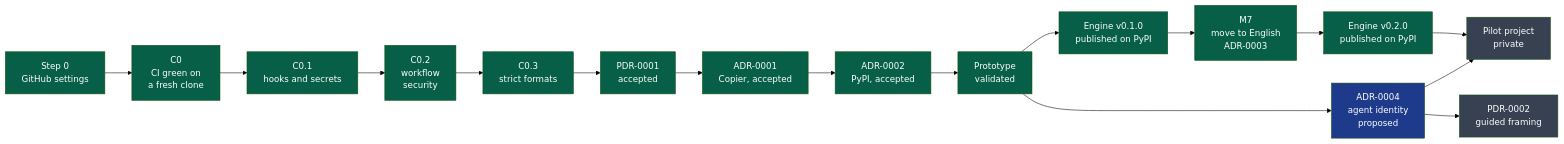
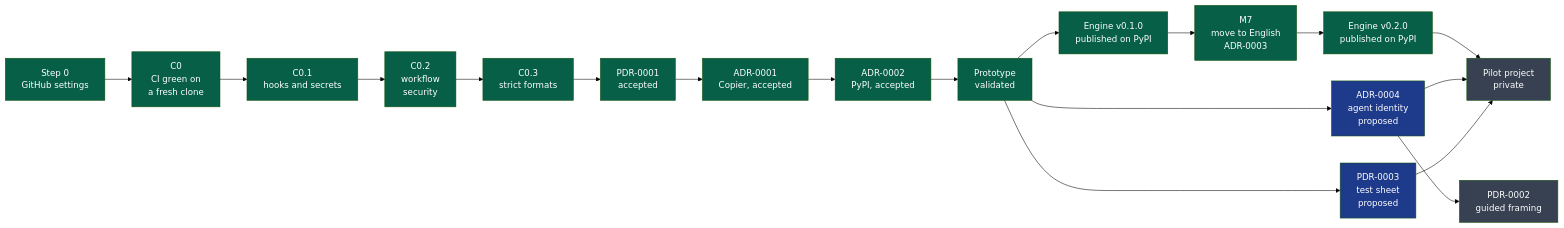
The first of 2 diagrams in docs/governance/workstreams.md (NapkinStack/engineering-os), drawn with Mermaid (forest theme) before and after one commit. The commit also changed other lines of this file and 3 other files, not shown here.

````diff
--- a/docs/governance/workstreams.md
+++ b/docs/governance/workstreams.md
@@ -10,24 +10,26 @@
 ```mermaid
 flowchart LR
     S0["Step 0<br/>GitHub settings"]:::done --> C0["C0<br/>CI green on<br/>a fresh clone"]:::done
     C0 --> C01["C0.1<br/>hooks and secrets"]:::done
     C01 --> C02["C0.2<br/>workflow<br/>security"]:::done
     C02 --> C03["C0.3<br/>strict formats"]:::done
     C03 --> PDR["PDR-0001<br/>accepted"]:::done
     PDR --> A1["ADR-0001<br/>Copier, accepted"]:::done
     A1 --> A2["ADR-0002<br/>PyPI, accepted"]:::done
     A2 --> PT["Prototype<br/>validated"]:::done
     PT --> RP["Engine v0.1.0<br/>published on PyPI"]:::done
     RP --> M7["M7<br/>move to English<br/>ADR-0003"]:::done
     M7 --> V2["Engine v0.2.0<br/>published on PyPI"]:::done
     V2 --> PP["Pilot project<br/>private"]:::todo
     PT --> A4["ADR-0004<br/>agent identity<br/>proposed"]:::wip
     A4 --> PP
+    PT --> P3["PDR-0003<br/>test sheet<br/>proposed"]:::wip
+    P3 --> PP
     A4 --> P2["PDR-0002<br/>guided framing"]:::todo
 
     classDef done fill:#065f46,color:#fff
     classDef wip fill:#1e3a8a,color:#fff
     classDef partial fill:#92400e,color:#fff
     classDef todo fill:#374151,color:#fff
     classDef blocked fill:#7c2d12,color:#fff
 ```
````
